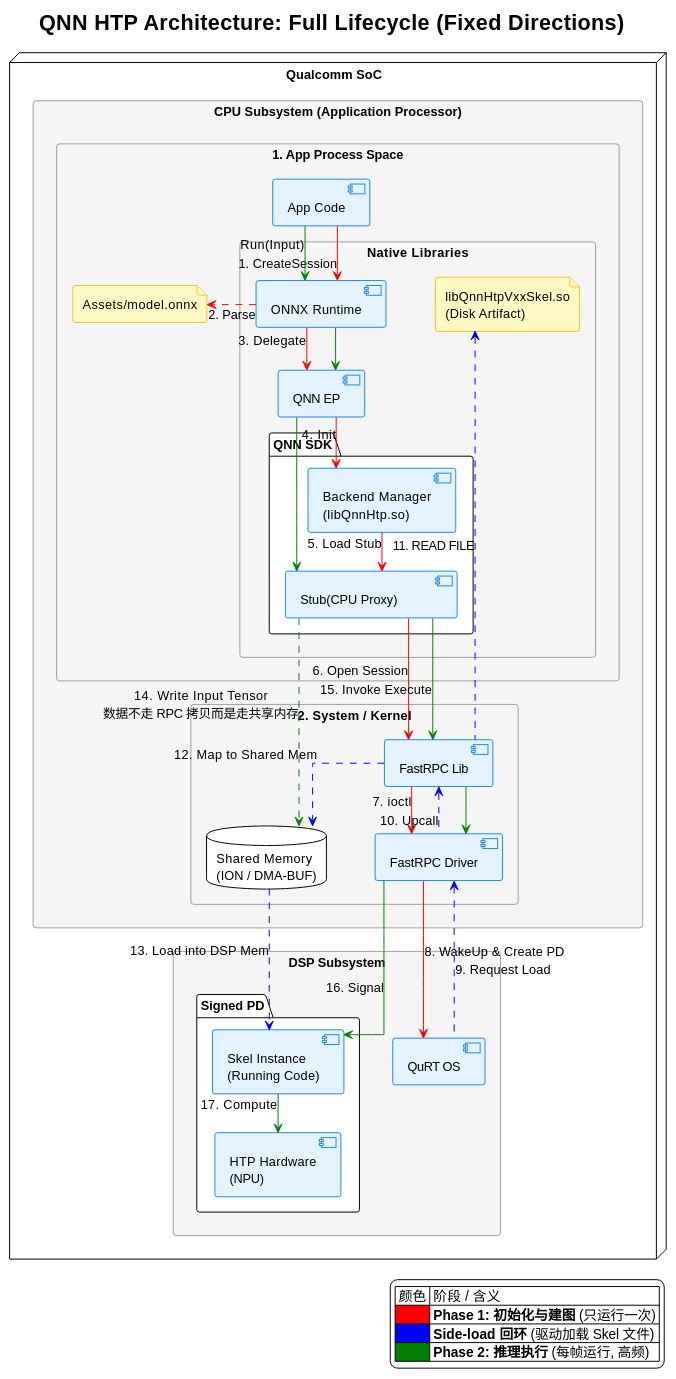
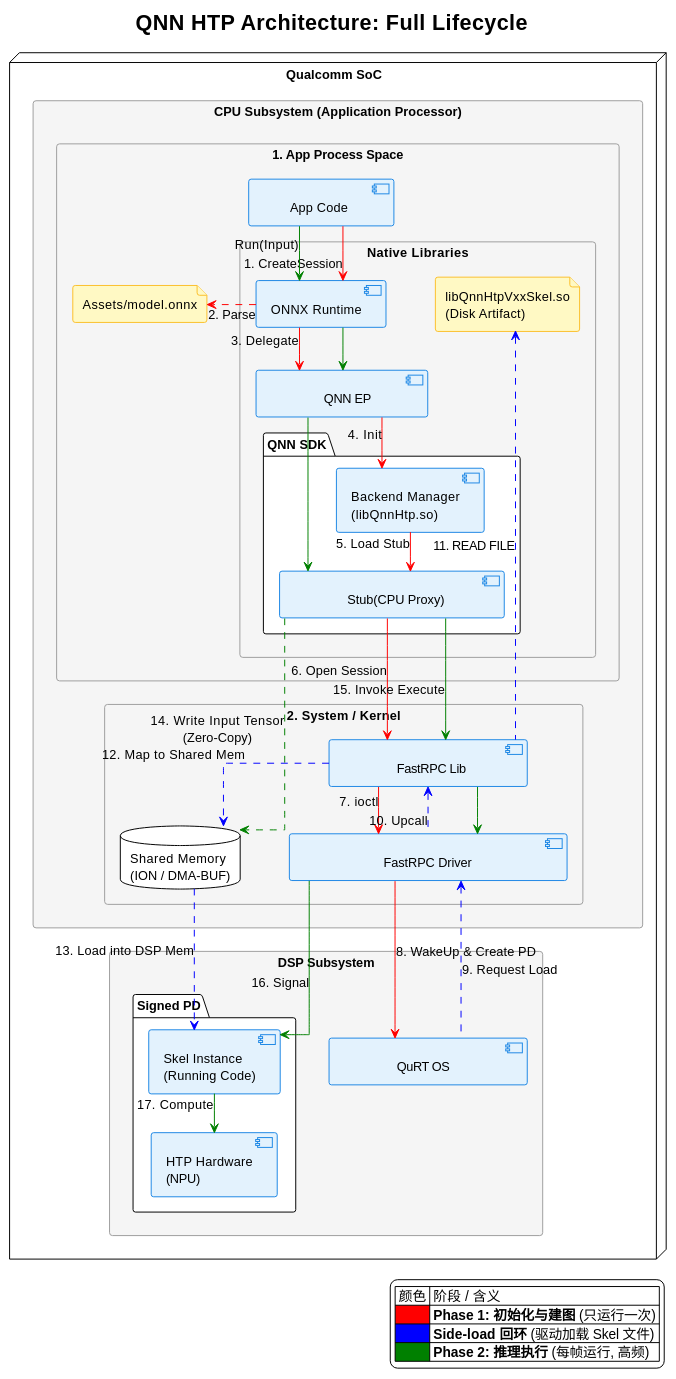
The diagram in content/explore-ai/ONNX-Runtime.md (Ethen-Cao/ethenslab), drawn with PlantUML before and after one commit. The commit also changed other lines of this file and 4 other files, not shown here.

````diff
--- a/content/explore-ai/ONNX-Runtime.md
+++ b/content/explore-ai/ONNX-Runtime.md
@@ -226,7 +39,7 @@
     BorderColor #FBC02D
 }
 
-title QNN HTP Architecture: Full Lifecycle (Fixed Directions)
+title QNN HTP Architecture: Full Lifecycle
 
 ' --- 图例 (Legend) ---
 legend right
@@ -241,16 +54,16 @@
     rectangle "CPU Subsystem (Application Processor)" as CPU_DOMAIN {
 
         rectangle "1. App Process Space" as LAYER_APP {
-            component "App Code" as AppCode
+            component "\tApp Code\t" as AppCode
             file "Assets/model.onnx" as Model
 
             rectangle "Native Libraries" {
                 component "ONNX Runtime" as ORT
-                component "QNN EP" as QNN_EP
+                component "\t\tQNN EP\t\t" as QNN_EP
                 
                 package "QNN SDK" {
                     component "Backend Manager\n(libQnnHtp.so)" as QnnHtp
-                    component "Stub(CPU Proxy)\t\t" as QnnStub
+                    component "\t\tStub(CPU Proxy)\t\t" as QnnStub
                 }
                 
                 file "libQnnHtpVxxSkel.so\n(Disk Artifact)" as SkelFile
@@ -258,14 +71,14 @@
         }
 
         rectangle "2. System / Kernel" as LAYER_SYS {
-            component "FastRPC Lib" as FastRPC
-            component "FastRPC Driver" as Driver
+            component "\t\tFastRPC Lib\t\t" as FastRPC
+            component "\t\t\tFastRPC Driver\t\t\t" as Driver
             database "Shared Memory\n(ION / DMA-BUF)" as Mem
         }
     }
 
     rectangle "DSP Subsystem" as DSP_DOMAIN {
-        component "QuRT OS" as QuRT
+        component "\t\tQuRT OS\t\t" as QuRT
 
         package "Signed PD" {
             component "Skel Instance\n(Running Code)" as SkelRun
@@ -275,7 +88,7 @@
 }
 
 ' =======================
-' 逻辑连线 (已修复方向问题)
+' 逻辑连线
 ' =======================
 
 ' --- Phase 1: Initialization (红色箭头) ---
@@ -299,15 +112,13 @@
 FastRPC .[#0000FF]down.> Mem : 12. Map to Shared Mem
 Mem .[#0000FF]down.> SkelRun : 13. Load into DSP Mem
 
-' --- Phase 2: Execution (绿色箭头 - 已修复方向) ---
+' --- Phase 2: Execution (绿色箭头 - 高频路径) ---
 AppCode -[#008000]right-> ORT : Run(Input)
-
-' 修复点：添加了 down 方向
 ORT -[#008000]down-> QNN_EP
 QNN_EP -[#008000]down-> QnnStub
 
-' 写入共享内存 (使用 dotted 线表示数据流，solid 线表示控制流)
-QnnStub .[#008000]right.> Mem : 14. Write Input Tensor\n数据不走 RPC 拷贝而是走共享内存
+' 写入共享内存
+QnnStub .[#008000]right.> Mem : 14. Write Input Tensor\n(Zero-Copy)
 
 ' RPC 执行链
 QnnStub -[#008000]down-> FastRPC : 15. Invoke Execute
@@ -316,4 +127,5 @@
 SkelRun -[#008000]down-> HTP_HW : 17. Compute
 
 @enduml
+
 ```
````
